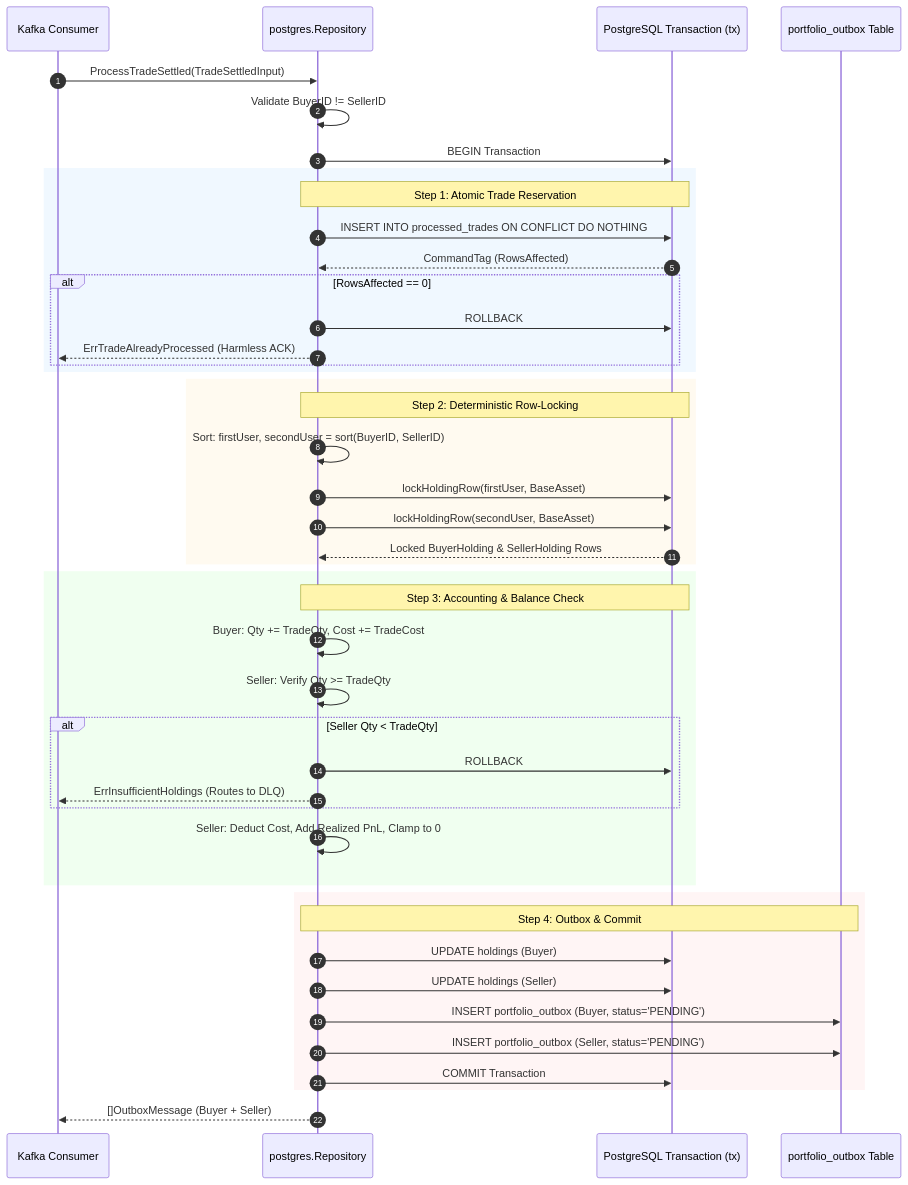
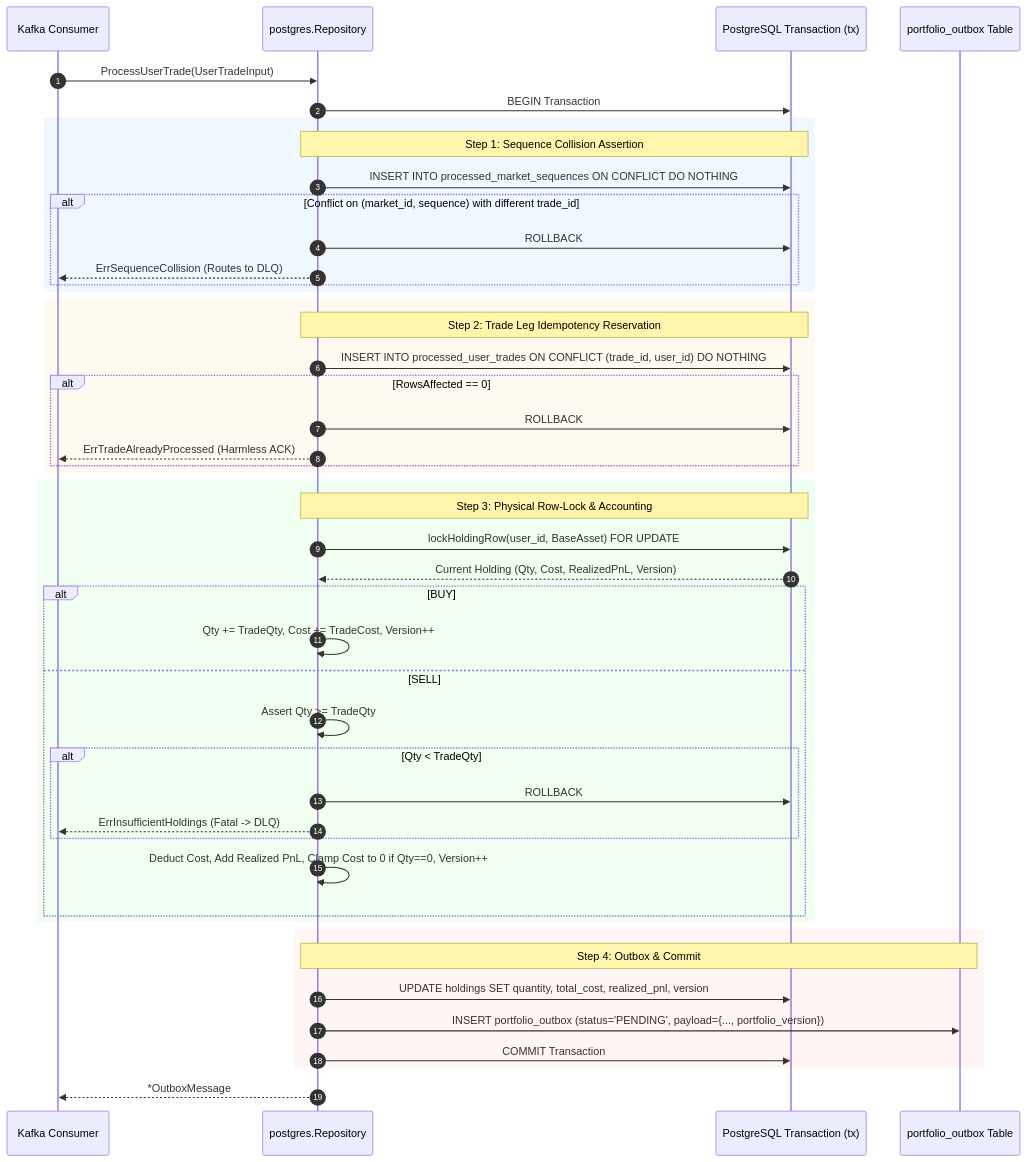
Before and after one commit to akhilbabu26/tradedrift: the first of 2 diagrams in services/portfolio/internal/repository/README.md, drawn with Mermaid. The commit also changed other lines of this file and 18 other files, not shown here.

````diff
--- a/services/portfolio/internal/repository/README.md
+++ b/services/portfolio/internal/repository/README.md
@@ -200,52 +171,54 @@
 ```mermaid
 sequenceDiagram
     autonumber
     participant Consumer as Kafka Consumer
     participant Repo as postgres.Repository
     participant PG as PostgreSQL Transaction (tx)
     participant Outbox as portfolio_outbox Table
 
-    Consumer->>Repo: ProcessTradeSettled(TradeSettledInput)
-    Repo->>Repo: Validate BuyerID != SellerID
+    Consumer->>Repo: ProcessUserTrade(UserTradeInput)
     Repo->>PG: BEGIN Transaction
 
     rect rgb(240, 248, 255)
-        note over Repo, PG: Step 1: Atomic Trade Reservation
-        Repo->>PG: INSERT INTO processed_trades ON CONFLICT DO NOTHING
-        PG-->>Repo: CommandTag (RowsAffected)
+        note over Repo, PG: Step 1: Sequence Collision Assertion
+        Repo->>PG: INSERT INTO processed_market_sequences ON CONFLICT DO NOTHING
+        alt Conflict on (market_id, sequence) with different trade_id
+            Repo->>PG: ROLLBACK
+            Repo-->>Consumer: ErrSequenceCollision (Routes to DLQ)
+        end
+    end
+
+    rect rgb(255, 250, 240)
+        note over Repo, PG: Step 2: Trade Leg Idempotency Reservation
+        Repo->>PG: INSERT INTO processed_user_trades ON CONFLICT (trade_id, user_id) DO NOTHING
         alt RowsAffected == 0
             Repo->>PG: ROLLBACK
             Repo-->>Consumer: ErrTradeAlreadyProcessed (Harmless ACK)
         end
     end
 
-    rect rgb(255, 250, 240)
-        note over Repo, PG: Step 2: Deterministic Row-Locking
-        Repo->>Repo: Sort: firstUser, secondUser = sort(BuyerID, SellerID)
-        Repo->>PG: lockHoldingRow(firstUser, BaseAsset)
-        Repo->>PG: lockHoldingRow(secondUser, BaseAsset)
-        PG-->>Repo: Locked BuyerHolding & SellerHolding Rows
-    end
-
     rect rgb(240, 255, 240)
-        note over Repo, PG: Step 3: Accounting & Balance Check
-        Repo->>Repo: Buyer: Qty += TradeQty, Cost += TradeCost
-        Repo->>Repo: Seller: Verify Qty >= TradeQty
-        alt Seller Qty < TradeQty
-            Repo->>PG: ROLLBACK
-            Repo-->>Consumer: ErrInsufficientHoldings (Routes to DLQ)
+        note over Repo, PG: Step 3: Physical Row-Lock & Accounting
+        Repo->>PG: lockHoldingRow(user_id, BaseAsset) FOR UPDATE
+        PG-->>Repo: Current Holding (Qty, Cost, RealizedPnL, Version)
+        alt BUY
+            Repo->>Repo: Qty += TradeQty, Cost += TradeCost, Version++
+        else SELL
+            Repo->>Repo: Assert Qty >= TradeQty
+            alt Qty < TradeQty
+                Repo->>PG: ROLLBACK
+                Repo-->>Consumer: ErrInsufficientHoldings (Fatal -> DLQ)
+            end
+            Repo->>Repo: Deduct Cost, Add Realized PnL, Clamp Cost to 0 if Qty==0, Version++
         end
-        Repo->>Repo: Seller: Deduct Cost, Add Realized PnL, Clamp to 0
     end
 
     rect rgb(255, 245, 245)
         note over Repo, Outbox: Step 4: Outbox & Commit
-        Repo->>PG: UPDATE holdings (Buyer)
-        Repo->>PG: UPDATE holdings (Seller)
-        Repo->>Outbox: INSERT portfolio_outbox (Buyer, status='PENDING')
-        Repo->>Outbox: INSERT portfolio_outbox (Seller, status='PENDING')
+        Repo->>PG: UPDATE holdings SET quantity, total_cost, realized_pnl, version
+        Repo->>Outbox: INSERT portfolio_outbox (status='PENDING', payload={..., portfolio_version})
         Repo->>PG: COMMIT Transaction
     end
 
-    Repo-->>Consumer: []OutboxMessage (Buyer + Seller)
+    Repo-->>Consumer: *OutboxMessage
 ```
````
